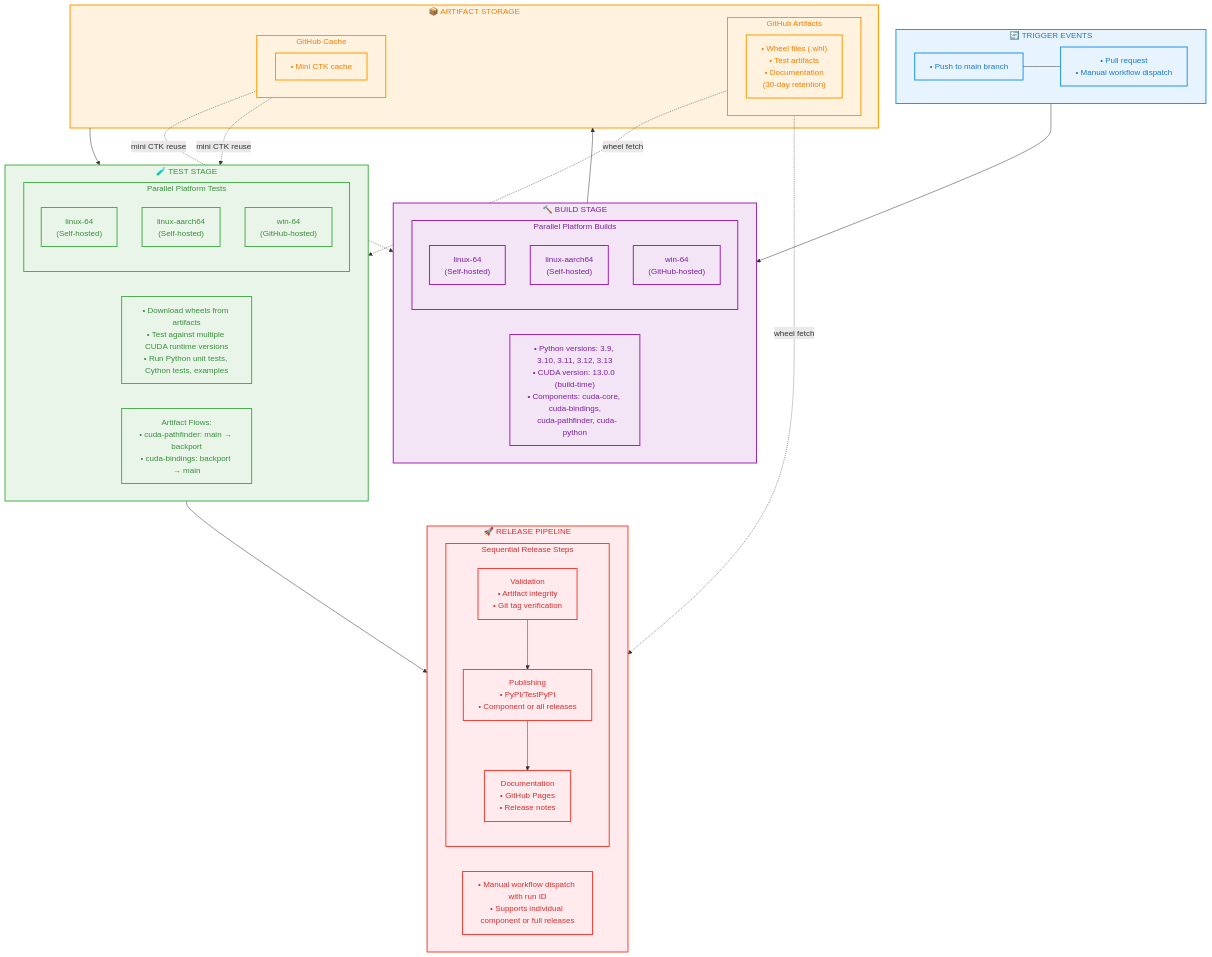
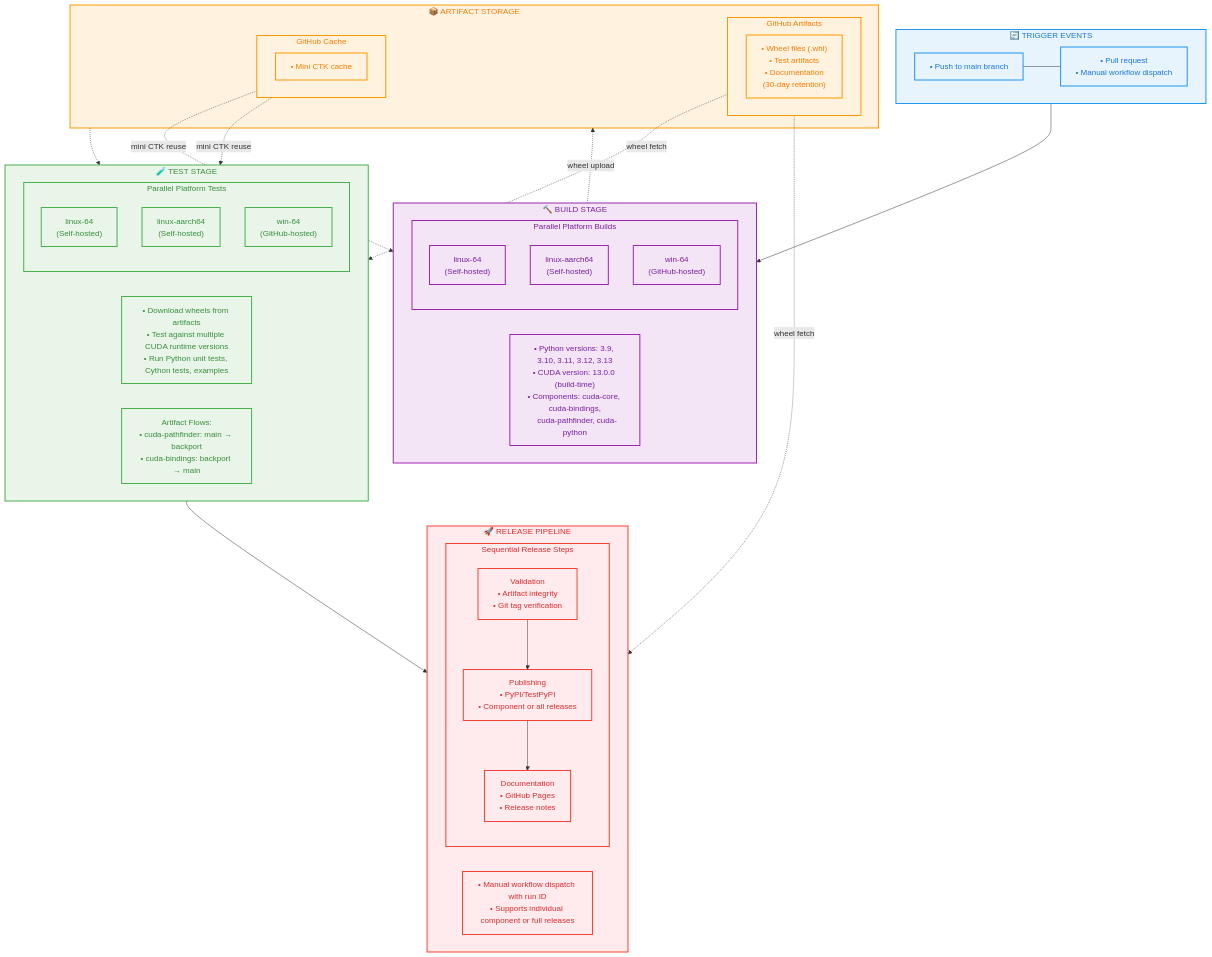
The diagram in CONTRIBUTING.md (NVIDIA/cuda-python), drawn with Mermaid before and after one commit. The commit also changed 1 other file, not shown here.

Commit message:
Fix SVG artifact flow arrows and add wheel upload label

````diff
--- a/CONTRIBUTING.md
+++ b/CONTRIBUTING.md
@@ -100,78 +100,78 @@
 ```mermaid
 flowchart TD
     %% Trigger Events
     subgraph TRIGGER["🔄 TRIGGER EVENTS"]
         T1["• Push to main branch"]
         T2["• Pull request<br/>• Manual workflow dispatch"]
         T1 --- T2
     end
 
     %% Build Stage
     subgraph BUILD["🔨 BUILD STAGE"]
         subgraph BUILD_PLATFORMS["Parallel Platform Builds"]
             B1["linux-64<br/>(Self-hosted)"]
             B2["linux-aarch64<br/>(Self-hosted)"]
             B3["win-64<br/>(GitHub-hosted)"]
         end
         BUILD_DETAILS["• Python versions: 3.9, 3.10, 3.11, 3.12, 3.13<br/>• CUDA version: 13.0.0 (build-time)<br/>• Components: cuda-core, cuda-bindings,<br/>  cuda-pathfinder, cuda-python"]
     end
 
     %% Artifact Storage
     subgraph ARTIFACTS["📦 ARTIFACT STORAGE"]
         subgraph GITHUB_ARTIFACTS["GitHub Artifacts"]
             GA1["• Wheel files (.whl)<br/>• Test artifacts<br/>• Documentation<br/>(30-day retention)"]
         end
         subgraph GITHUB_CACHE["GitHub Cache"]
             GC1["• Mini CTK cache"]
         end
     end
 
     %% Test Stage
     subgraph TEST["🧪 TEST STAGE"]
         subgraph TEST_PLATFORMS["Parallel Platform Tests"]
             TS1["linux-64<br/>(Self-hosted)"]
             TS2["linux-aarch64<br/>(Self-hosted)"]
             TS3["win-64<br/>(GitHub-hosted)"]
         end
         TEST_DETAILS["• Download wheels from artifacts<br/>• Test against multiple CUDA runtime versions<br/>• Run Python unit tests, Cython tests, examples"]
         ARTIFACT_FLOWS["Artifact Flows:<br/>• cuda-pathfinder: main → backport<br/>• cuda-bindings: backport → main"]
     end
 
     %% Release Pipeline
     subgraph RELEASE["🚀 RELEASE PIPELINE"]
         subgraph RELEASE_STAGES["Sequential Release Steps"]
             R1["Validation<br/>• Artifact integrity<br/>• Git tag verification"]
             R2["Publishing<br/>• PyPI/TestPyPI<br/>• Component or all releases"]
             R3["Documentation<br/>• GitHub Pages<br/>• Release notes"]
             R1 --> R2 --> R3
         end
         RELEASE_DETAILS["• Manual workflow dispatch with run ID<br/>• Supports individual component or full releases"]
     end
 
     %% Main Flow
     TRIGGER --> BUILD
-    BUILD --> ARTIFACTS
-    ARTIFACTS --> TEST
+    BUILD -.->|"wheel upload"| ARTIFACTS
+    ARTIFACTS -.-> TEST
     TEST --> RELEASE
 
     %% Artifact Flow Arrows (Cache Reuse)
     GITHUB_CACHE -.->|"mini CTK reuse"| BUILD
     GITHUB_CACHE -.->|"mini CTK reuse"| TEST
 
     %% Artifact Flow Arrows (Wheel Fetch)
     GITHUB_ARTIFACTS -.->|"wheel fetch"| TEST
     GITHUB_ARTIFACTS -.->|"wheel fetch"| RELEASE
 
     %% Styling
     classDef triggerStyle fill:#e8f4fd,stroke:#2196F3,stroke-width:2px,color:#1976D2
     classDef buildStyle fill:#f3e5f5,stroke:#9C27B0,stroke-width:2px,color:#7B1FA2
     classDef artifactStyle fill:#fff3e0,stroke:#FF9800,stroke-width:2px,color:#F57C00
     classDef testStyle fill:#e8f5e8,stroke:#4CAF50,stroke-width:2px,color:#388E3C
     classDef releaseStyle fill:#ffebee,stroke:#f44336,stroke-width:2px,color:#D32F2F
 
     class TRIGGER,T1,T2 triggerStyle
     class BUILD,BUILD_PLATFORMS,B1,B2,B3,BUILD_DETAILS buildStyle
     class ARTIFACTS,GITHUB_ARTIFACTS,GITHUB_CACHE,GA1,GC1 artifactStyle
     class TEST,TEST_PLATFORMS,TS1,TS2,TS3,TEST_DETAILS,ARTIFACT_FLOWS testStyle
     class RELEASE,RELEASE_STAGES,R1,R2,R3,RELEASE_DETAILS releaseStyle
 ```
````
